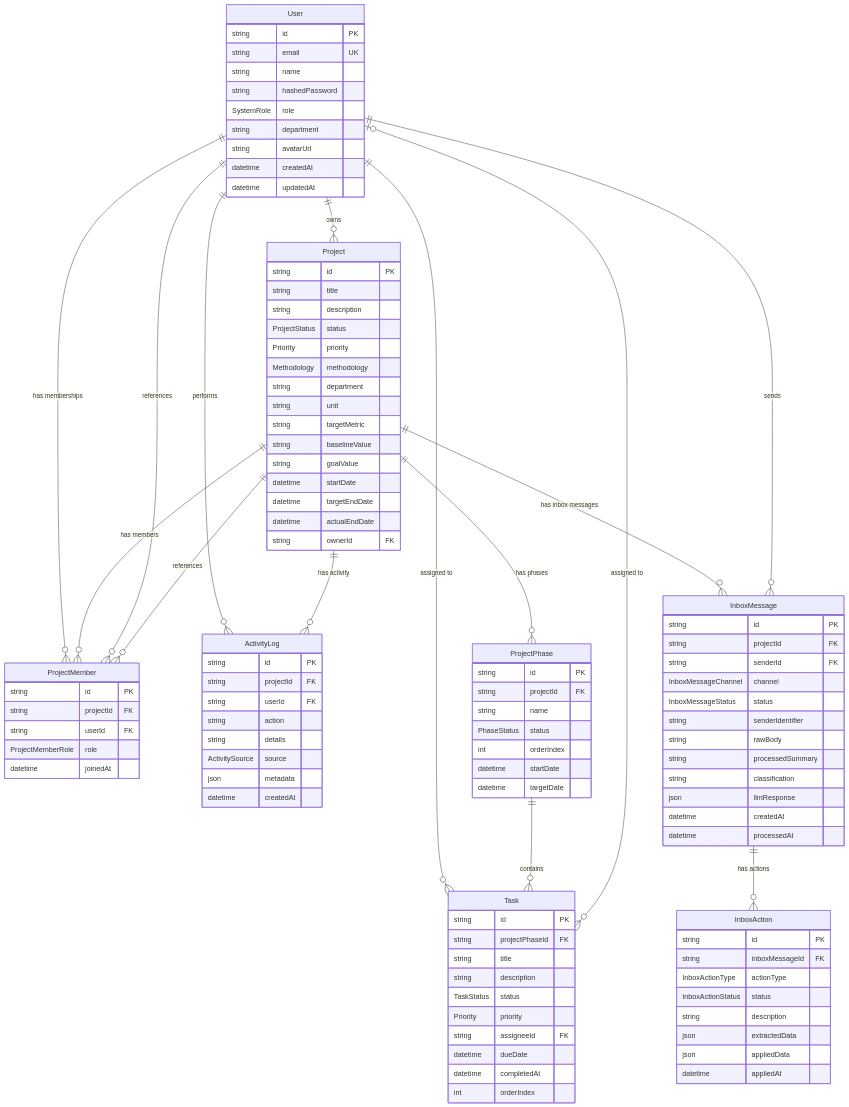
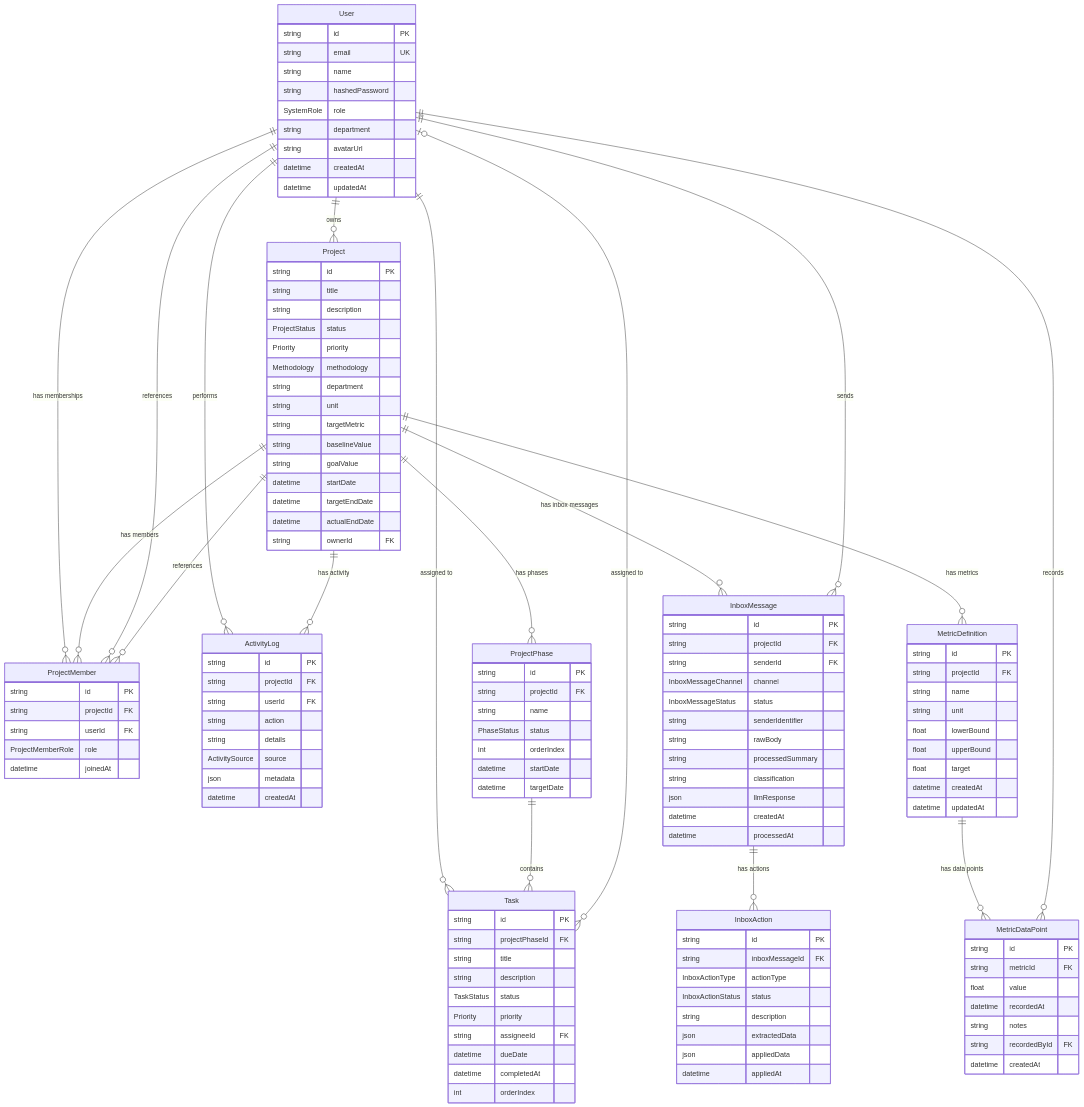
One commit to akbarherekar/QIapp changed the first of 13 diagrams in docs/diagrams.md. Above: the diagram before and after it, drawn with Mermaid. The commit also changed other lines of this file and 40 other files, not shown here.

First line of the commit message:
Add Gantt timeline view, Module 2 metrics, polish, and documentation (v0.2.0)

````diff
--- a/docs/diagrams.md
+++ b/docs/diagrams.md
@@ -125,4 +130,30 @@
         json appliedData
         datetime appliedAt
     }
+
+    Project ||--o{ MetricDefinition : "has metrics"
+    MetricDefinition ||--o{ MetricDataPoint : "has data points"
+    User ||--o{ MetricDataPoint : "records"
+
+    MetricDefinition {
+        string id PK
+        string projectId FK
+        string name
+        string unit
+        float lowerBound
+        float upperBound
+        float target
+        datetime createdAt
+        datetime updatedAt
+    }
+
+    MetricDataPoint {
+        string id PK
+        string metricId FK
+        float value
+        datetime recordedAt
+        string notes
+        string recordedById FK
+        datetime createdAt
+    }
 ```
````
